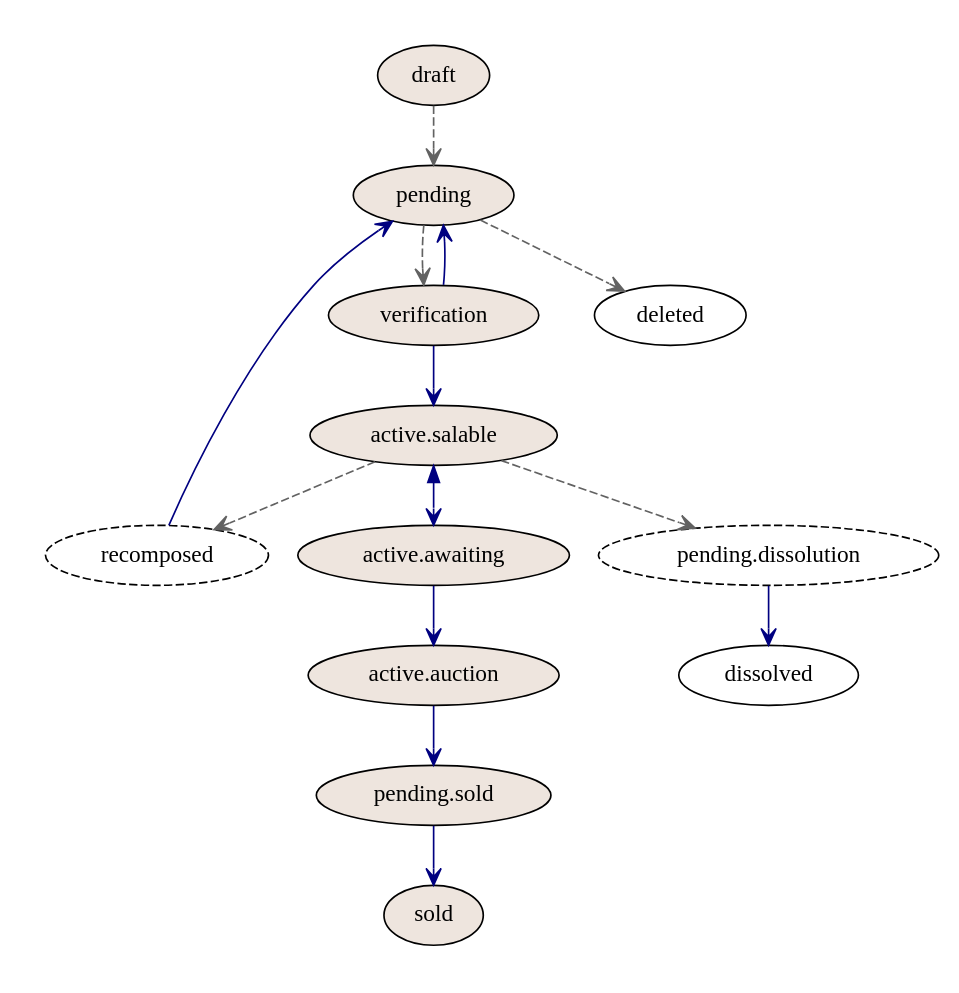
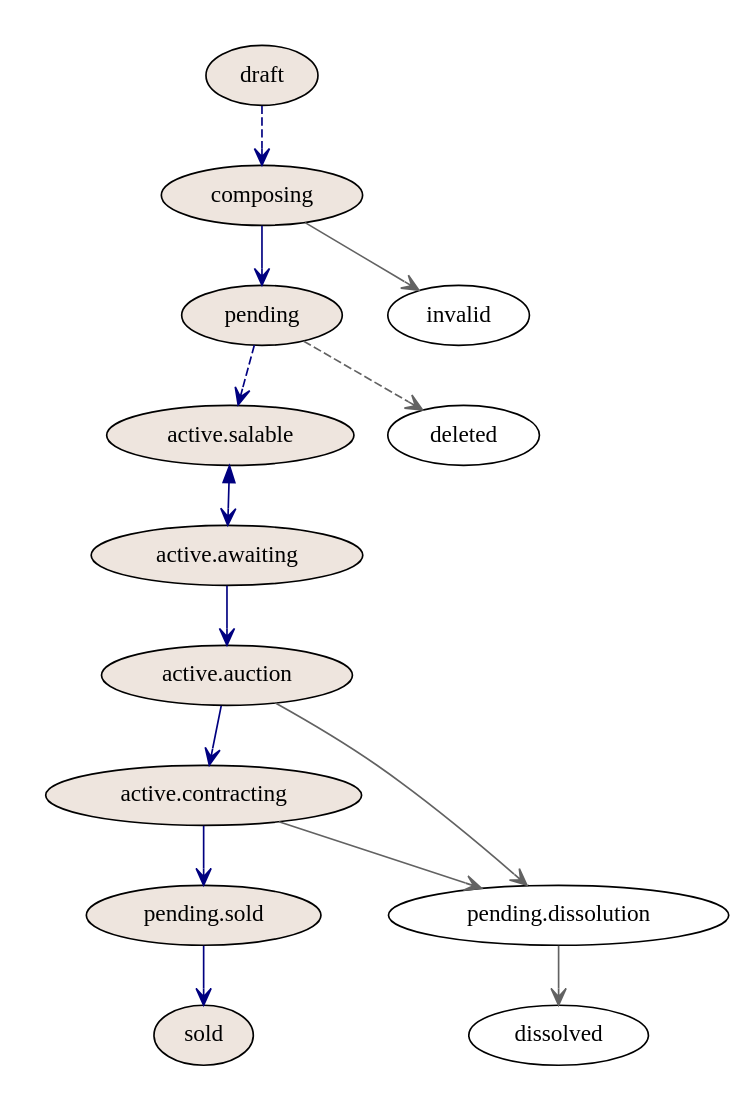
One commit to yevheniimoroziuk/openregistry.lots.loki changed the diagram in docs/source/lotsWorkflow.rst. Above: the diagram before and after it, drawn with Graphviz. The commit also changed other lines of this file and 10 other files, not shown here.

```diff
--- a/docs/source/lotsWorkflow.rst
+++ b/docs/source/lotsWorkflow.rst
@@ -6,43 +6,38 @@
 .. graphviz::
 
     digraph G {
-
             subgraph cluster_1 {
                     node [style=filled, fillcolor=seashell2];
                     edge[style=dashed,  arrowhead="vee"];
-                    "draft" -> "pending" [color="0.0000 0.0000 0.3882"];
+                    "draft" -> "composing" [color="0.6667 1.0000 0.5020"];
+                    edge[style=solid,  arrowhead="vee"];
+                    "composing" -> "pending" [color="0.6667 1.0000 0.5020"];
                     edge[style=dashed,  arrowhead="vee"];
-                    "pending" -> "verification" [color="0.0000 0.0000 0.3882"];
-                    edge[style=solid,  arrowhead="vee"];
-                    "verification" -> "pending" [color="0.6667 1.0000 0.5020"];
-                    "verification" -> "active.salable" [color="0.6667 1.0000 0.5020"];
-                    edge[dir="both"];
+                    "pending" -> "active.salable" [color="0.6667 1.0000 0.5020"];
+                    edge[style=solid,  dir="both"];
                     "active.salable" -> "active.awaiting" [color="0.6667 1.0000 0.5020"];
                     edge[dir="forward"];
                     "active.awaiting" -> "active.auction" [color="0.6667 1.0000 0.5020"];
                     edge[dir="forward"];
-                    "active.auction" -> "pending.sold" [color="0.6667 1.0000 0.5020"];
+                    "active.auction" -> "active.contracting" [color="0.6667 1.0000 0.5020"];
+                    edge[dir="forward"];
+                    "active.contracting" -> "pending.sold" [color="0.6667 1.0000 0.5020"];
                     edge[dir="forward"];
                     "pending.sold" -> "sold" [color="0.6667 1.0000 0.5020"];
                     color=white;
-            }
+            } 
 
-            subgraph cluster_1 {
-                    node [style=dashed];
-                    edge[style=dashed, dir="forward"];
-                    "active.salable" -> "recomposed" [color="0.0000 0.0000 0.3882"];
-                    edge[style=solid, dir="forward"];
-                    "recomposed" -> "pending" [color="0.6667 1.0000 0.5020"];
-            }
-
+            edge[style=solid, arrowhead="vee"]
+            "composing" -> "invalid" [color="0.0000 0.0000 0.3882"];
             edge[style=dashed, arrowhead="vee"]
             "pending" -> "deleted" [color="0.0000 0.0000 0.3882"];
             edge[style=solid];
-            node [style=dashed];
-            edge[style=dashed];
-            "active.salable" -> "pending.dissolution" [color="0.0000 0.0000 0.3882"];
+            node [style=solid];
+            edge[style=solid];
+            "active.auction" -> "pending.dissolution" [color="0.0000 0.0000 0.3882"];
+            edge[style=solid];
+            "active.contracting" -> "pending.dissolution" [color="0.0000 0.0000 0.3882"];
             edge[style=solid];
             node [style=solid];
-            "pending.dissolution" -> "dissolved" [color="0.6667 1.0000 0.5020"];
-             
+            "pending.dissolution" -> "dissolved" [color="0.0000 0.0000 0.3882"];
     }
```
